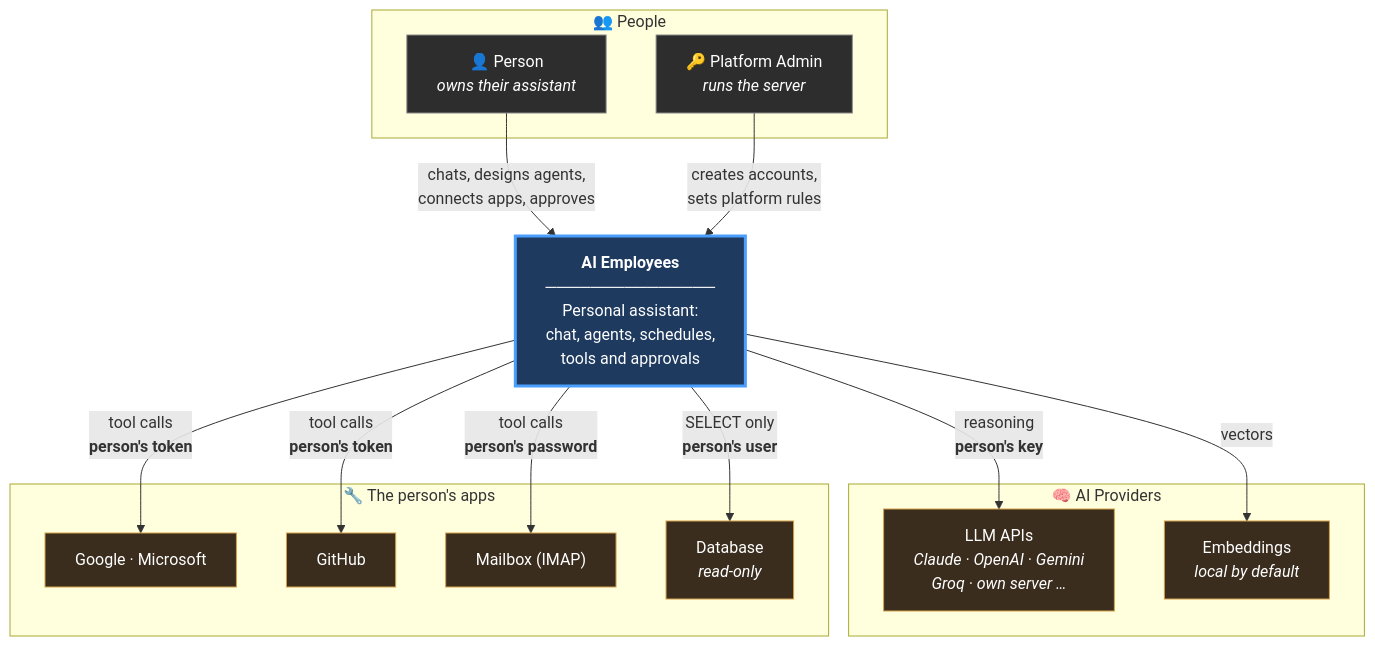
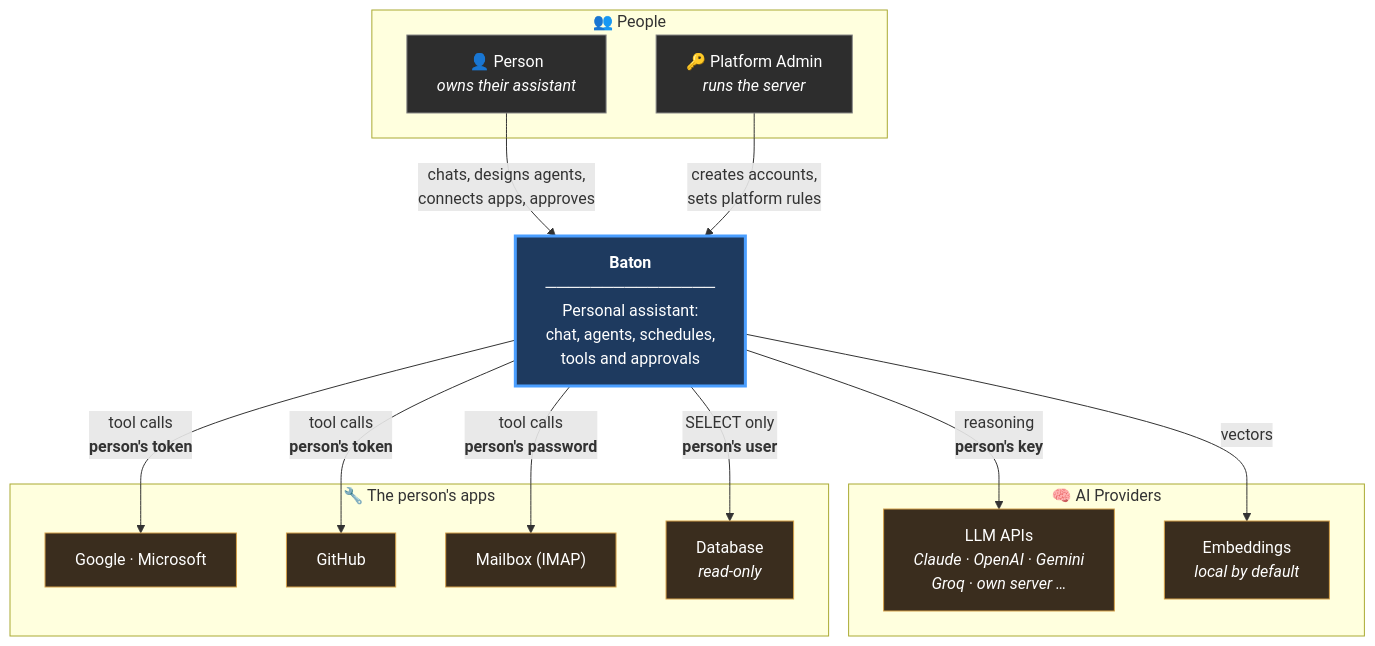
Before and after one commit to dharaneechinnu/ai-employee-platform: the first of 12 diagrams in docs/HLD.md, drawn with Mermaid. The commit also changed other lines of this file and 84 other files, not shown here.

First line of the commit message:
refactor: finish the move to a personal assistant

````diff
--- a/docs/HLD.md
+++ b/docs/HLD.md
@@ -70,38 +72,38 @@
 ```mermaid
 graph TB
     subgraph people["👥 People"]
         P["👤 Person<br/><i>owns their assistant</i>"]
         PA["🔑 Platform Admin<br/><i>runs the server</i>"]
     end
 
-    SYS["<b>AI Employees</b><br/>───────────────<br/>Personal assistant:<br/>chat, agents, schedules,<br/>tools and approvals"]
+    SYS["<b>Baton</b><br/>───────────────<br/>Personal assistant:<br/>chat, agents, schedules,<br/>tools and approvals"]
 
     subgraph ai["🧠 AI Providers"]
         LLM["LLM APIs<br/><i>Claude · OpenAI · Gemini<br/>Groq · own server …</i>"]
         EMB["Embeddings<br/><i>local by default</i>"]
     end
 
     subgraph tools["🔧 The person's apps"]
         GW["Google · Microsoft"]
         GH["GitHub"]
         EM["Mailbox (IMAP)"]
         DB["Database<br/><i>read-only</i>"]
     end
 
     P -->|"chats, designs agents,<br/>connects apps, approves"| SYS
     PA -->|"creates accounts,<br/>sets platform rules"| SYS
 
     SYS -->|"reasoning<br/><b>person's key</b>"| LLM
     SYS -->|"vectors"| EMB
     SYS -->|"tool calls<br/><b>person's token</b>"| GW
     SYS -->|"tool calls<br/><b>person's token</b>"| GH
     SYS -->|"tool calls<br/><b>person's password</b>"| EM
     SYS -->|"SELECT only<br/><b>person's user</b>"| DB
 
     classDef sysStyle fill:#1e3a5f,stroke:#4a9eff,stroke-width:3px,color:#fff
     classDef personStyle fill:#2d2d2d,stroke:#888,color:#fff
     classDef extStyle fill:#3a2d1e,stroke:#d4a04a,color:#fff
     class SYS sysStyle
     class P,PA personStyle
     class LLM,EMB,GW,GH,EM,DB extStyle
 ```
````
